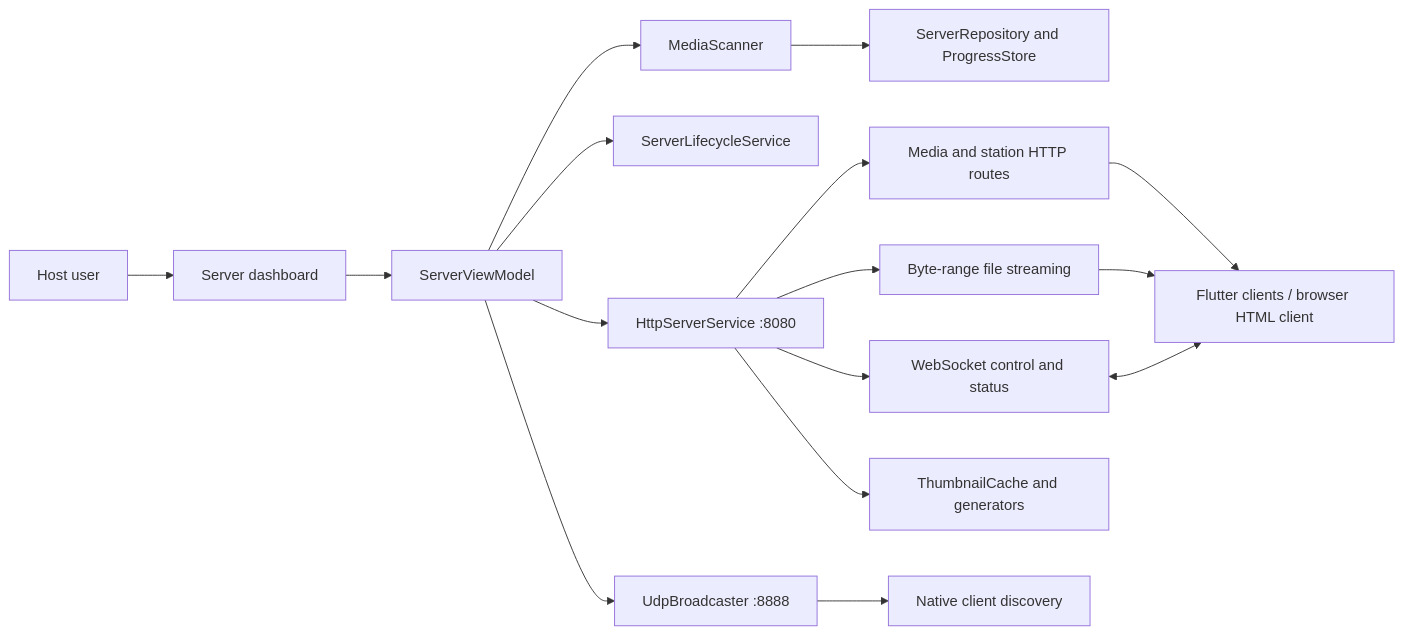
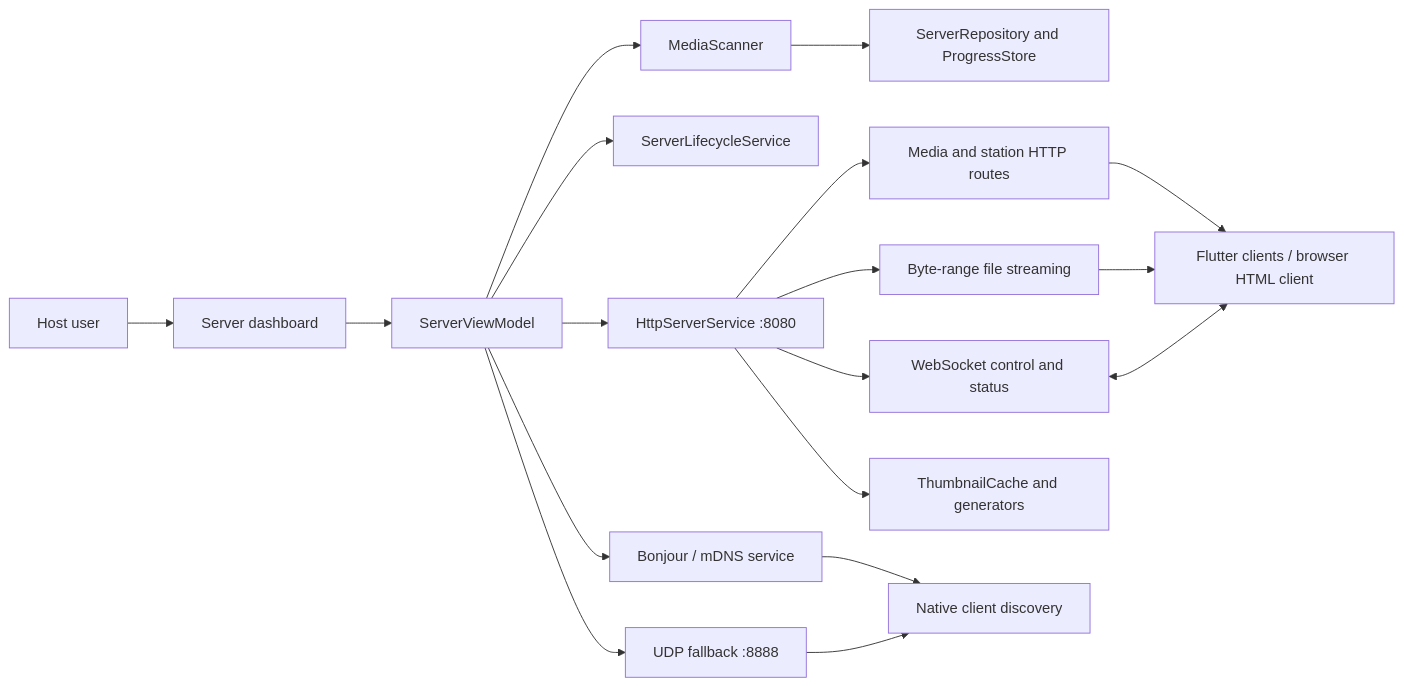
Before and after one commit to rjofficial007/STREAMZ: the first of 2 diagrams in docs/ARCHITECTURE.md, drawn with Mermaid. The commit also changed other lines of this file and 155 other files, not shown here.

````diff
--- a/docs/ARCHITECTURE.md
+++ b/docs/ARCHITECTURE.md
@@ -35,18 +35,20 @@
 ```mermaid
 flowchart LR
   User[Host user] --> UI[Server dashboard]
   UI --> VM[ServerViewModel]
   VM --> Scan[MediaScanner]
   Scan --> Repo[ServerRepository and ProgressStore]
   VM --> Life[ServerLifecycleService]
   VM --> HTTP[HttpServerService :8080]
-  VM --> UDP[UdpBroadcaster :8888]
+  VM --> MDNS[Bonjour / mDNS service]
+  VM --> UDP[UDP fallback :8888]
   HTTP --> API[Media and station HTTP routes]
   HTTP --> WS[WebSocket control and status]
   HTTP --> Files[Byte-range file streaming]
   HTTP --> Thumb[ThumbnailCache and generators]
-  UDP --> Client[Native client discovery]
+  MDNS --> Client[Native client discovery]
+  UDP --> Client
   API --> Flutter[Flutter clients / browser HTML client]
   Files --> Flutter
   WS <--> Flutter
 ```
````
